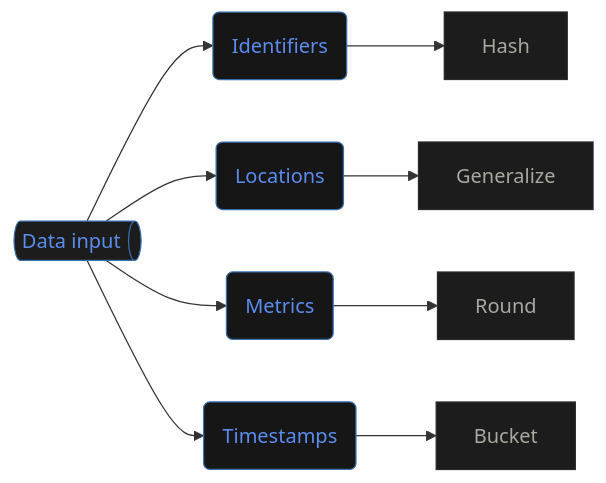
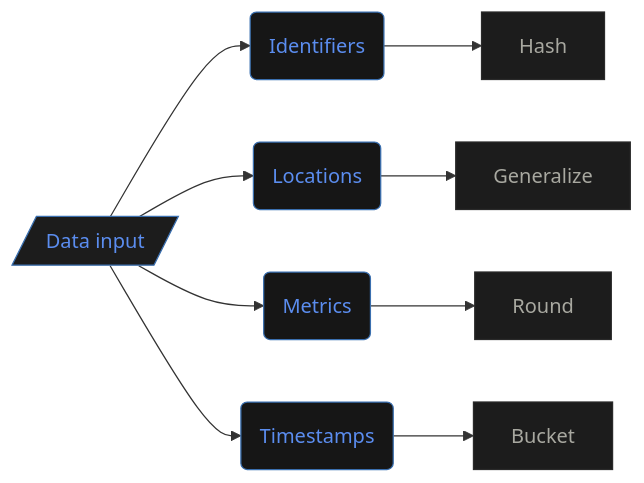
One commit to radra23/scryops-site changed the second of 4 diagrams in content/guides/data-masking-in-telemetry.md. Above: the diagram before and after it, drawn with Mermaid. The commit also changed 1 other file, not shown here.

Commit message:
fix(content): valid v10.9 shape for data-masking data-input node

```diff
--- a/content/guides/data-masking-in-telemetry.md
+++ b/content/guides/data-masking-in-telemetry.md
@@ -84,19 +84,19 @@
 {{< mermaid >}}
 graph LR
-    A@{ shape: das, label: "Data input"} --> B(Identifiers)
+    A[/"Data input"/] --> B(Identifiers)
     A --> C(Locations)
     A --> D(Metrics)
     A --> E(Timestamps)
 
     B --> B1[Hash]
     C --> C1[Generalize]
     D --> D1[Round]
     E --> E1[Bucket]
     
     style A fill:#1C1C1C,stroke:#3A6FAF,color:#5B8DEF
     classDef second fill:#161616,stroke:#3A6FAF,color:#5B8DEF
     classDef third fill:#1C1C1C,stroke:#2A2A2A,color:#A8A8A0
 
     class B,C,D,E second;
     class B1,C1,D1,E1 third;
 {{< /mermaid >}}
```
